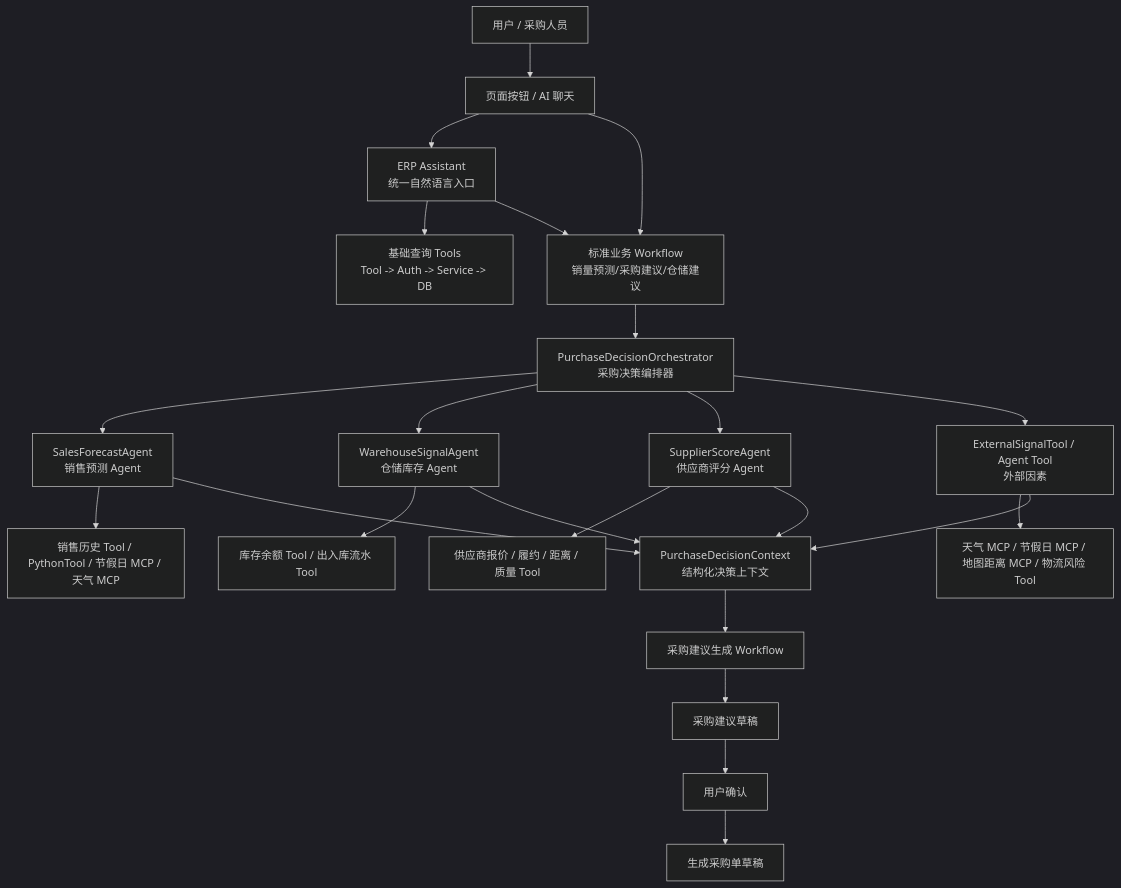
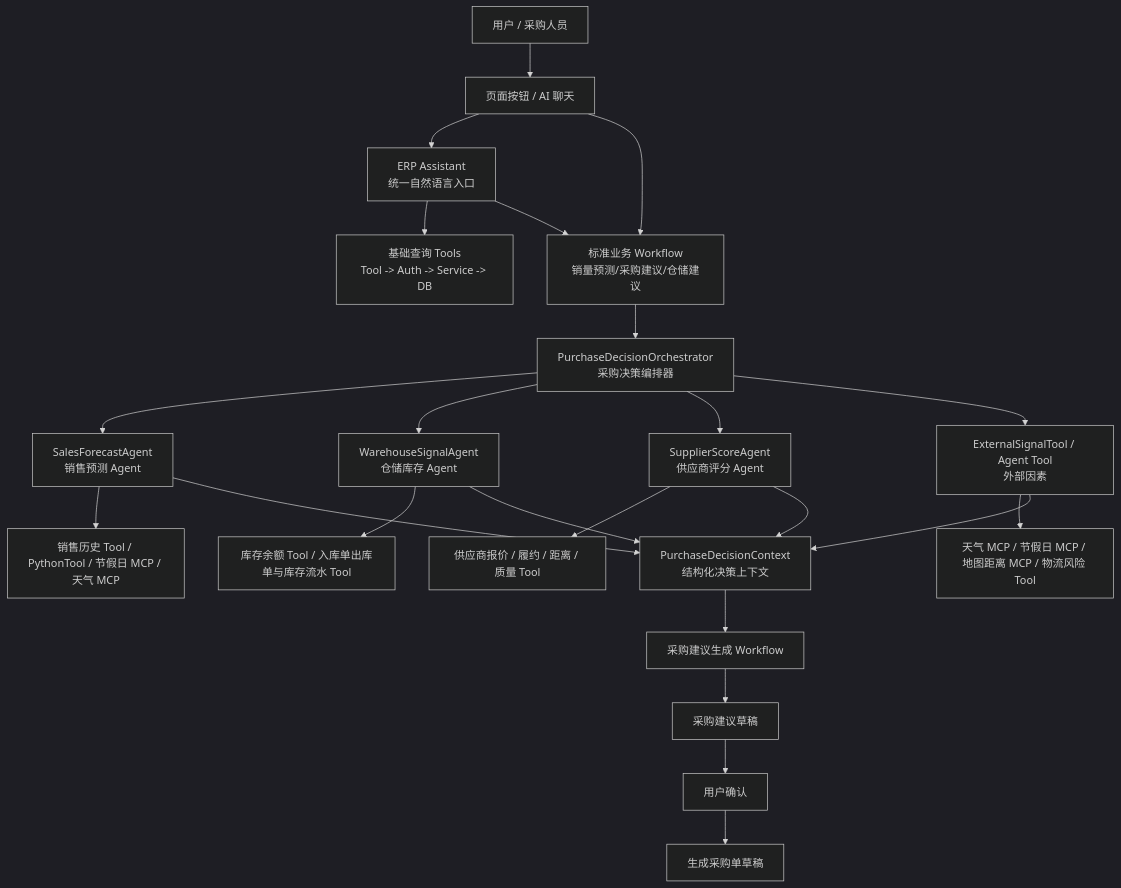
One commit to LI-S-H/qiheng-erp changed the first of 2 diagrams in docs/ai-agent-architecture-thinking.md. Above: the diagram before and after it, drawn with Mermaid (dark theme). The commit also changed other lines of this file and 74 other files, not shown here.

````diff
--- a/docs/ai-agent-architecture-thinking.md
+++ b/docs/ai-agent-architecture-thinking.md
@@ -117,29 +117,29 @@
 ```mermaid
 flowchart TD
     U["用户 / 采购人员"] --> UI["页面按钮 / AI 聊天"]
     UI --> A["ERP Assistant<br/>统一自然语言入口"]
     UI --> WF["标准业务 Workflow<br/>销量预测/采购建议/仓储建议"]
     A --> QT["基础查询 Tools<br/>Tool -> Auth -> Service -> DB"]
     A --> WF
     WF --> O["PurchaseDecisionOrchestrator<br/>采购决策编排器"]
 
     O --> SF["SalesForecastAgent<br/>销售预测 Agent"]
     O --> WS["WarehouseSignalAgent<br/>仓储库存 Agent"]
     O --> SS["SupplierScoreAgent<br/>供应商评分 Agent"]
     O --> ES["ExternalSignalTool / Agent Tool<br/>外部因素"]
 
     SF --> ST["销售历史 Tool / PythonTool / 节假日 MCP / 天气 MCP"]
-    WS --> WT["库存余额 Tool / 出入库流水 Tool"]
+    WS --> WT["库存余额 Tool / 入库单出库单与库存流水 Tool"]
     SS --> SPT["供应商报价 / 履约 / 距离 / 质量 Tool"]
     ES --> ET["天气 MCP / 节假日 MCP / 地图距离 MCP / 物流风险 Tool"]
 
     SF --> C["PurchaseDecisionContext<br/>结构化决策上下文"]
     WS --> C
     SS --> C
     ES --> C
 
     C --> R["采购建议生成 Workflow"]
     R --> D["采购建议草稿"]
     D --> H["用户确认"]
     H --> PO["生成采购单草稿"]
 ```
````
